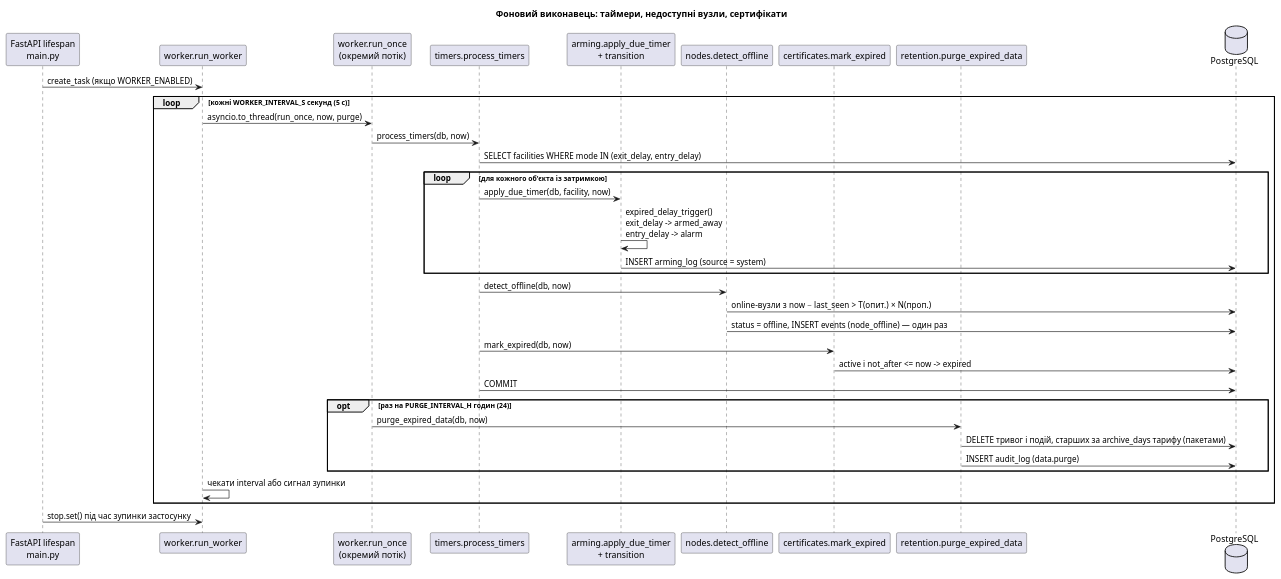
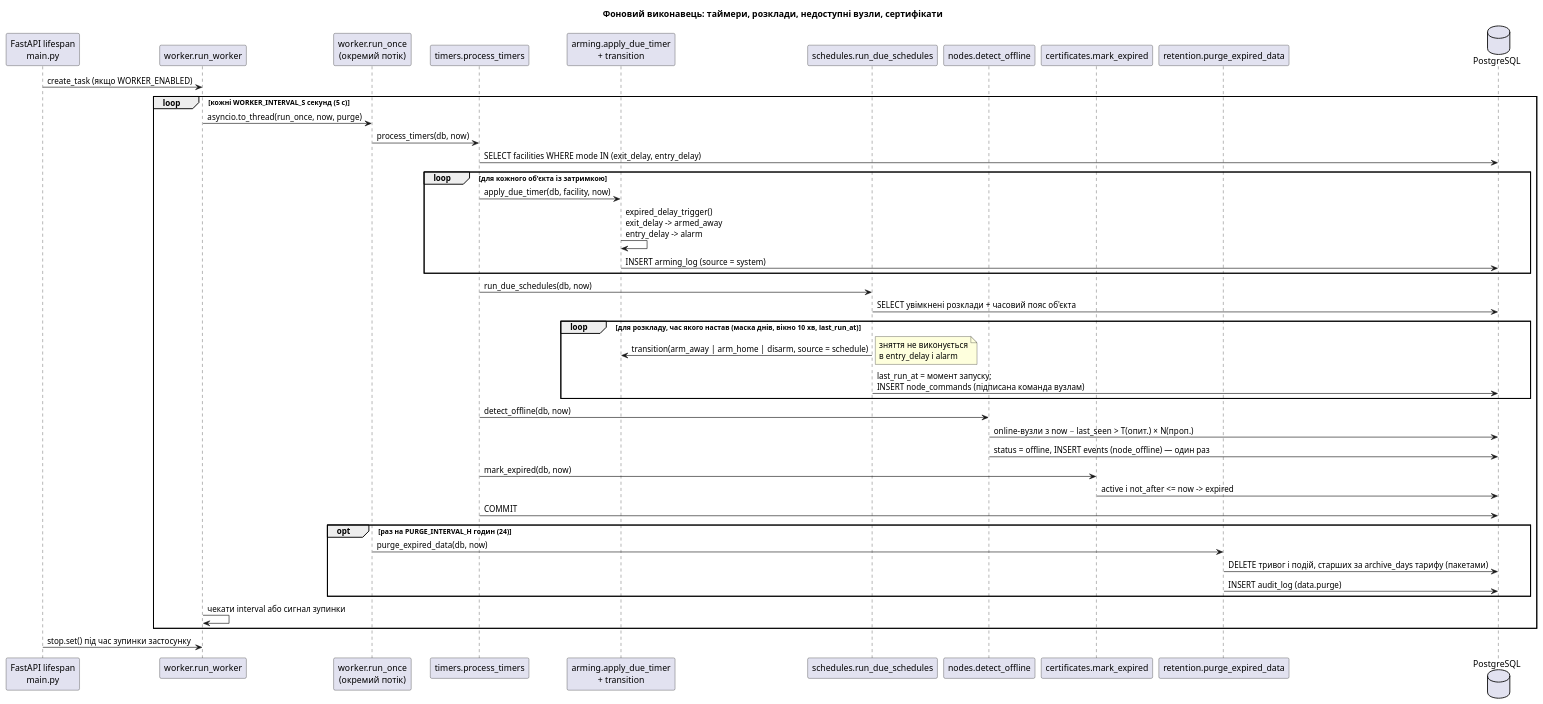
Before and after one commit to NureDribnytsiaNazar/oberih: the diagram in docs/diagrams/sequence-timers.puml, drawn with PlantUML. The commit also changed 6 other files, not shown here.

```diff
--- a/docs/diagrams/sequence-timers.puml
+++ b/docs/diagrams/sequence-timers.puml
@@ -1,41 +1,49 @@
 @startuml sequence-timers
 ' Діаграма взаємодії: фоновий виконавець таймерів (app/worker.py).
 skinparam shadowing false
 skinparam defaultFontName Arial
-title Фоновий виконавець: таймери, недоступні вузли, сертифікати
+title Фоновий виконавець: таймери, розклади, недоступні вузли, сертифікати
 
 participant "FastAPI lifespan\nmain.py" as Life
 participant "worker.run_worker" as Worker
 participant "worker.run_once\n(окремий потік)" as Once
 participant "timers.process_timers" as Timers
 participant "arming.apply_due_timer\n+ transition" as Arming
+participant "schedules.run_due_schedules" as Sched
 participant "nodes.detect_offline" as Nodes
 participant "certificates.mark_expired" as Certs
 participant "retention.purge_expired_data" as Purge
 database "PostgreSQL" as Db
 
 Life -> Worker : create_task (якщо WORKER_ENABLED)
 loop кожні WORKER_INTERVAL_S секунд (5 с)
   Worker -> Once : asyncio.to_thread(run_once, now, purge)
   Once -> Timers : process_timers(db, now)
   Timers -> Db : SELECT facilities WHERE mode IN (exit_delay, entry_delay)
   loop для кожного об'єкта із затримкою
     Timers -> Arming : apply_due_timer(db, facility, now)
     Arming -> Arming : expired_delay_trigger()\nexit_delay -> armed_away\nentry_delay -> alarm
     Arming -> Db : INSERT arming_log (source = system)
+  end
+  Timers -> Sched : run_due_schedules(db, now)
+  Sched -> Db : SELECT увімкнені розклади + часовий пояс об'єкта
+  loop для розкладу, час якого настав (маска днів, вікно 10 хв, last_run_at)
+    Sched -> Arming : transition(arm_away | arm_home | disarm, source = schedule)
+    note right : зняття не виконується\nв entry_delay і alarm
+    Sched -> Db : last_run_at = момент запуску;\nINSERT node_commands (підписана команда вузлам)
   end
   Timers -> Nodes : detect_offline(db, now)
   Nodes -> Db : online-вузли з now − last_seen > T(опит.) × N(проп.)
   Nodes -> Db : status = offline, INSERT events (node_offline) — один раз
   Timers -> Certs : mark_expired(db, now)
   Certs -> Db : active і not_after <= now -> expired
   Timers -> Db : COMMIT
   opt раз на PURGE_INTERVAL_H годин (24)
     Once -> Purge : purge_expired_data(db, now)
     Purge -> Db : DELETE тривог і подій, старших за archive_days тарифу (пакетами)
     Purge -> Db : INSERT audit_log (data.purge)
   end
   Worker -> Worker : чекати interval або сигнал зупинки
 end
 Life -> Worker : stop.set() під час зупинки застосунку
 @enduml
```
